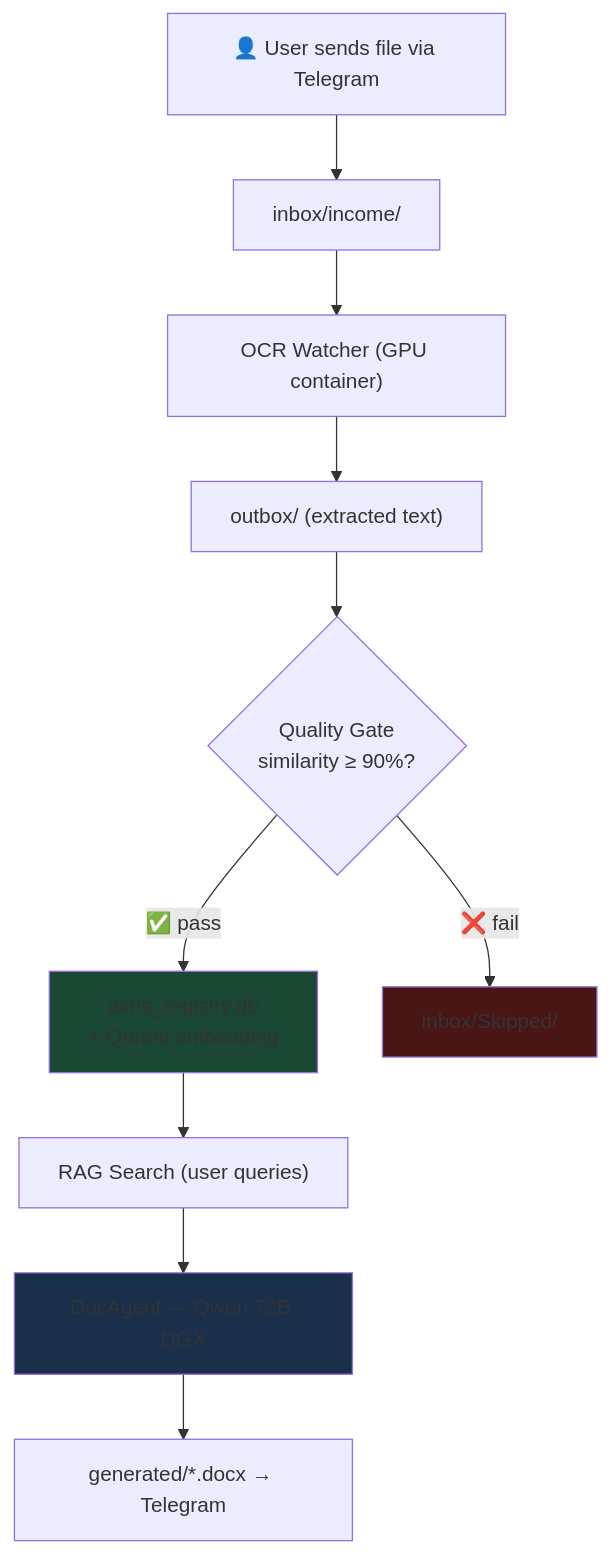
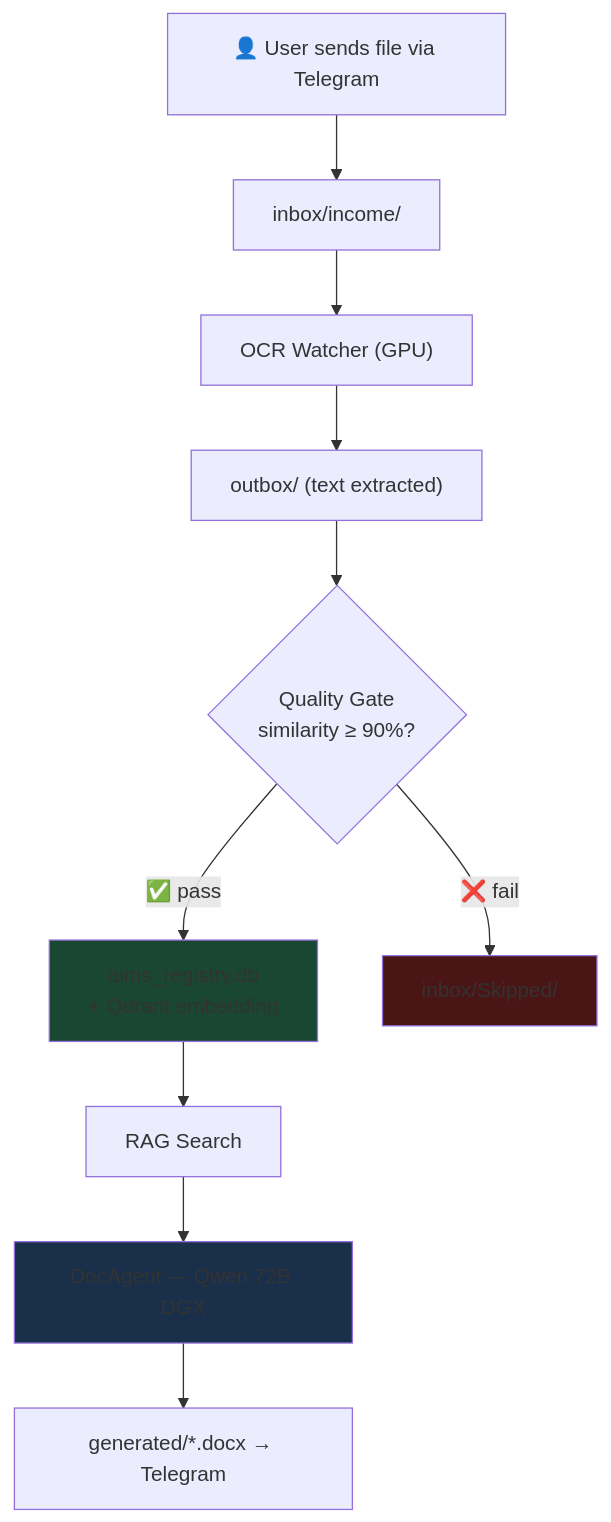
Before and after one commit to AxiOMSphereAssistanceAIMS/AxiOMSphere: the tenth of 12 diagrams in README.md, drawn with Mermaid. The commit also changed other lines of this file, not shown here.

First line of the commit message:
README: business-first restructure, API credits section, merged diagrams

````diff
--- a/README.md
+++ b/README.md
@@ -590,16 +516,15 @@
 ```mermaid
 flowchart TD
     A["👤 User sends file via Telegram"] --> B["inbox/income/"]
-    B --> C["OCR Watcher (GPU container)"]
-    C --> D["outbox/ (extracted text)"]
+    B --> C["OCR Watcher (GPU)"]
+    C --> D["outbox/ (text extracted)"]
     D --> E{"Quality Gate\nsimilarity ≥ 90%?"}
     E -->|"✅ pass"| F["aims_registry.db\n+ Qdrant embedding"]
     E -->|"❌ fail"| G["inbox/Skipped/"]
-    F --> H["RAG Search (user queries)"]
+    F --> H["RAG Search"]
     H --> I["DocAgent — Qwen 72B DGX"]
     I --> J["generated/*.docx → Telegram"]
-
     style F fill:#1a4731
     style G fill:#4a1515
     style I fill:#1a2f4a
 ```
````
